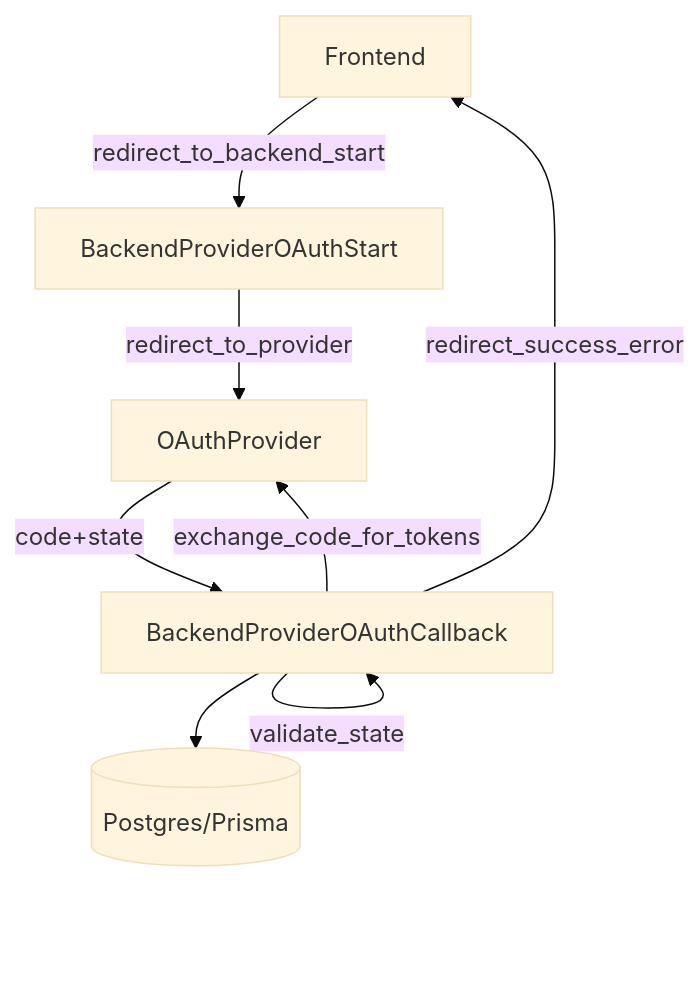
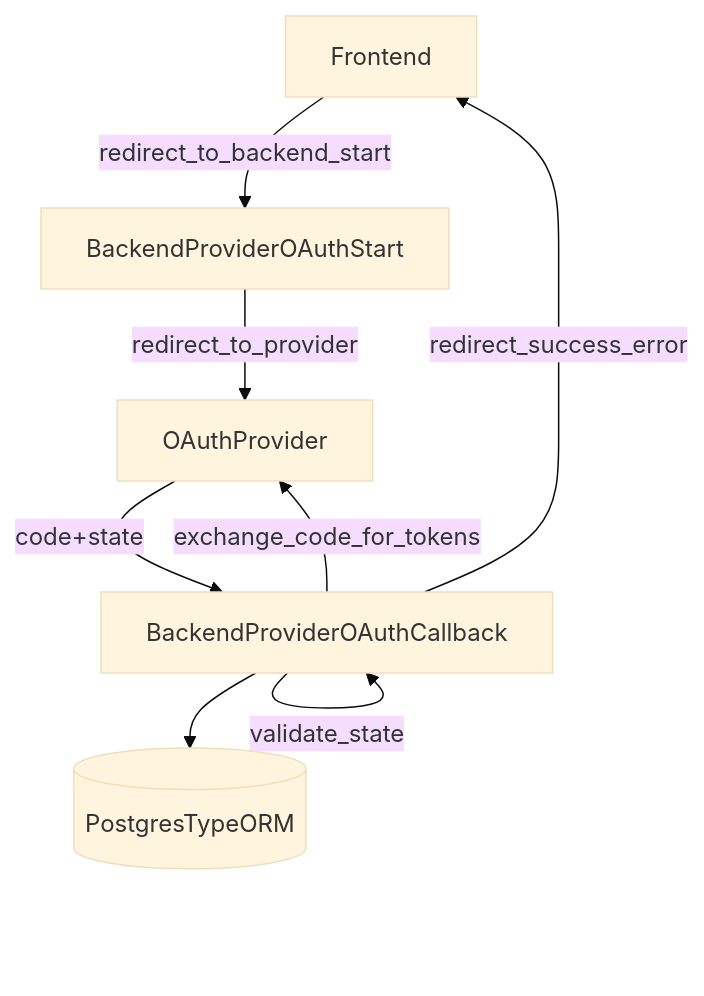
Before and after one commit to AmanVatsSharma/MailZen-Smart-Email-Management: the diagram in apps/backend/src/email-integration/README.md, drawn with Mermaid (base theme). The commit also changed other lines of this file and 2 other files, not shown here.

Commit message:
refactor: Standardize formatting and enhance OAuth controller for email integration
- Reformatted import statements for improved readability in `provider-oauth.controller.ts`.
- Updated method signatures for `googleStart` and `microsoftStart` to enhance clarity and maintainability.
- Improved error logging messages for better debugging and consistency.
- Replaced Prisma references with TypeORM in the README for accurate documentation.
- Added missing newlines for better code structure and compliance with style guidelines.

````diff
--- a/apps/backend/src/email-integration/README.md
+++ b/apps/backend/src/email-integration/README.md
@@ -80,10 +80,10 @@
 ```mermaid
 flowchart TD
   frontend[Frontend] -->|redirect_to_backend_start| apiStart[BackendProviderOAuthStart]
   apiStart -->|redirect_to_provider| oauth[OAuthProvider]
   oauth -->|code+state| apiCb[BackendProviderOAuthCallback]
   apiCb -->|validate_state| apiCb
   apiCb -->|exchange_code_for_tokens| oauth
-  apiCb --> db[(Postgres/Prisma)]
+  apiCb --> db[(PostgresTypeORM)]
   apiCb -->|redirect_success_error| frontend
 ```
````
